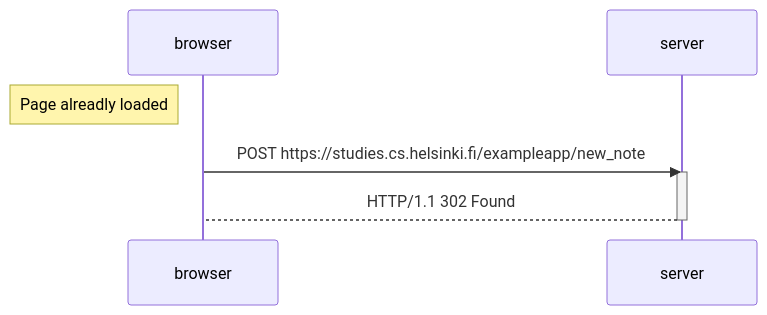
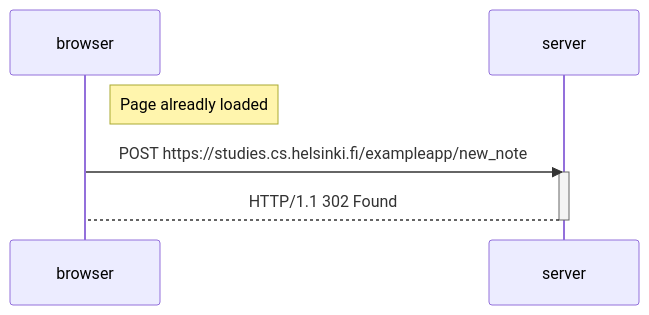
One commit to erdelp/fsopen-helsinki changed the diagram in part0/0.4-new-note-diagram.md. Above: the diagram before and after it, drawn with Mermaid.

````diff
--- a/part0/0.4-new-note-diagram.md
+++ b/part0/0.4-new-note-diagram.md
@@ -1,13 +1,13 @@
 ```mermaid
 sequenceDiagram
   participant browser
   participant server
 
-  Note left of browser: Page alreadly loaded
+  Note right of browser: Page alreadly loaded
 
   browser->>server: POST https://studies.cs.helsinki.fi/exampleapp/new_note
   activate server
   server-->browser: HTTP/1.1 302 Found
   deactivate server
   
 ```
````
